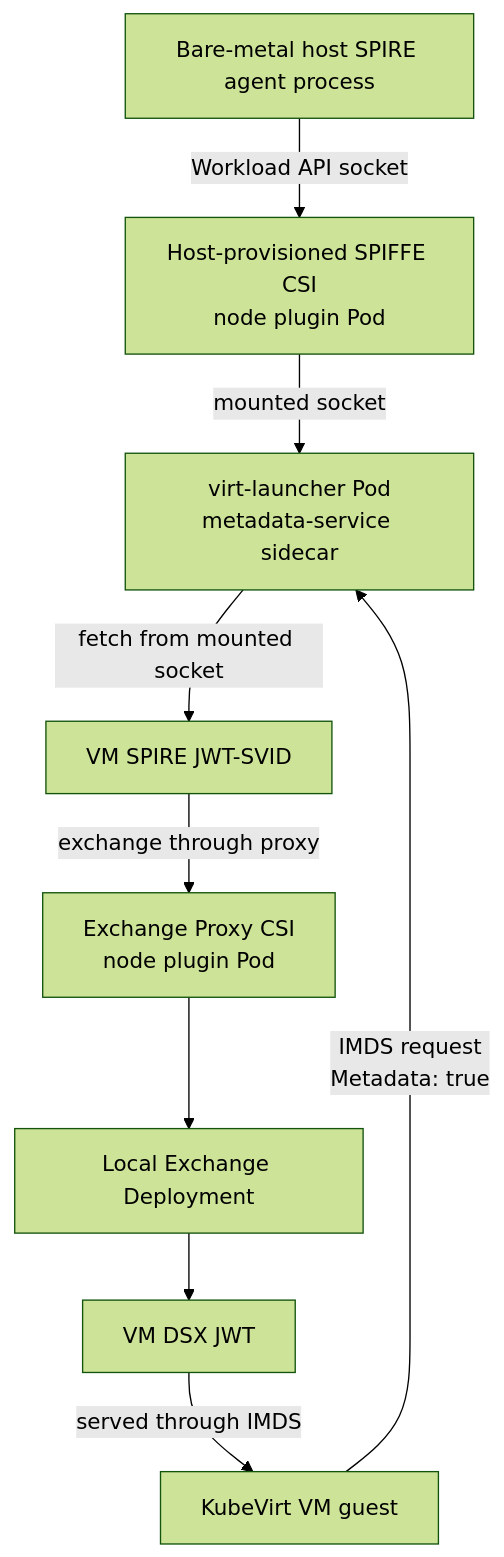
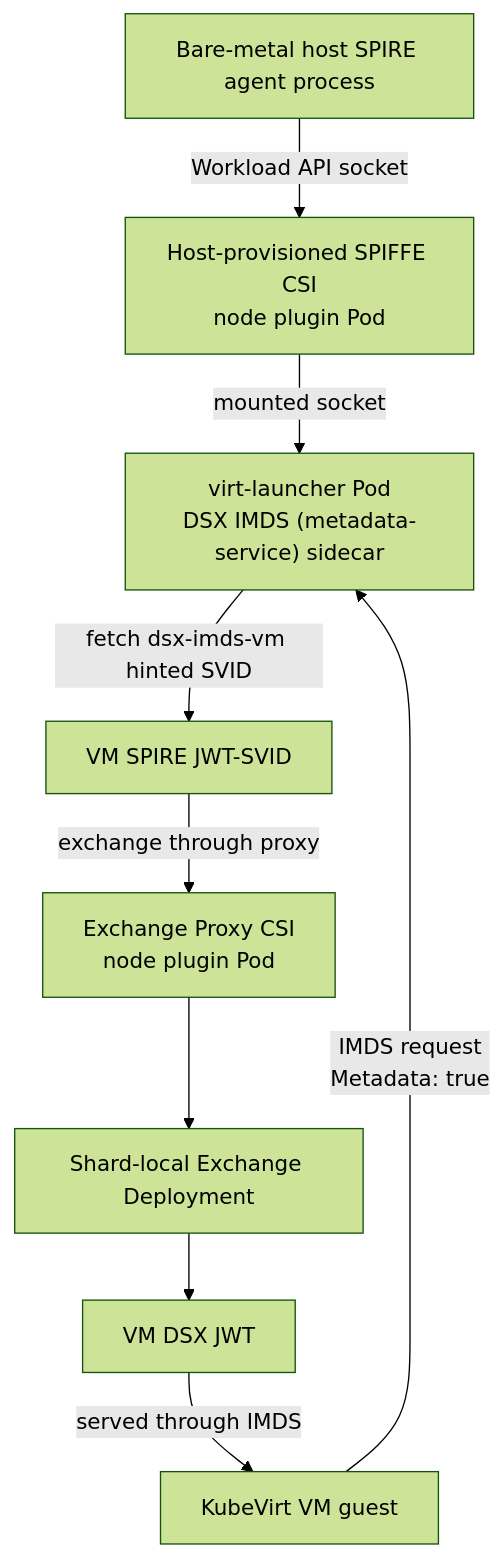
The seventh of 10 diagrams in README.md (dsx-ai-factory/nvidia-workload-identity), drawn with Mermaid (forest theme) before and after one commit. The commit also changed other lines of this file and 93 other files, not shown here.

````diff
--- a/README.md
+++ b/README.md
@@ -297,20 +646,20 @@
 ```mermaid
 flowchart TB
   HostAgent["Bare-metal host SPIRE agent process"]
   CSI["Host-provisioned SPIFFE CSI<br/>node plugin Pod"]
-  Metadata["virt-launcher Pod<br/>metadata-service sidecar"]
+  Metadata["virt-launcher Pod<br/>DSX IMDS (metadata-service) sidecar"]
   Proxy["Exchange Proxy CSI<br/>node plugin Pod"]
-  Exchange["Local Exchange Deployment"]
+  Exchange["Shard-local Exchange Deployment"]
   VMJWT["VM SPIRE JWT-SVID"]
   DSXJWT["VM DSX JWT"]
   VM["KubeVirt VM guest"]
 
   HostAgent -->|"Workload API socket"| CSI
   CSI -->|"mounted socket"| Metadata
   VM -->|"IMDS request<br/>Metadata: true"| Metadata
-  Metadata -->|"fetch from mounted socket"| VMJWT
+  Metadata -->|"fetch dsx-imds-vm hinted SVID"| VMJWT
   VMJWT -->|"exchange through proxy"| Proxy
   Proxy --> Exchange
   Exchange --> DSXJWT
   DSXJWT -->|"served through IMDS"| VM
 ```
````
